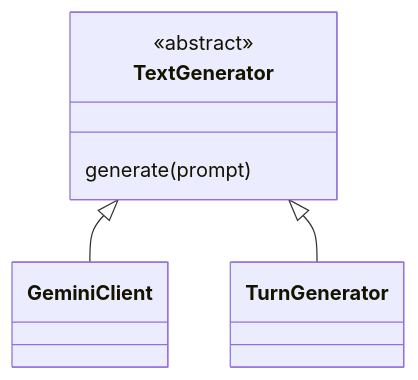
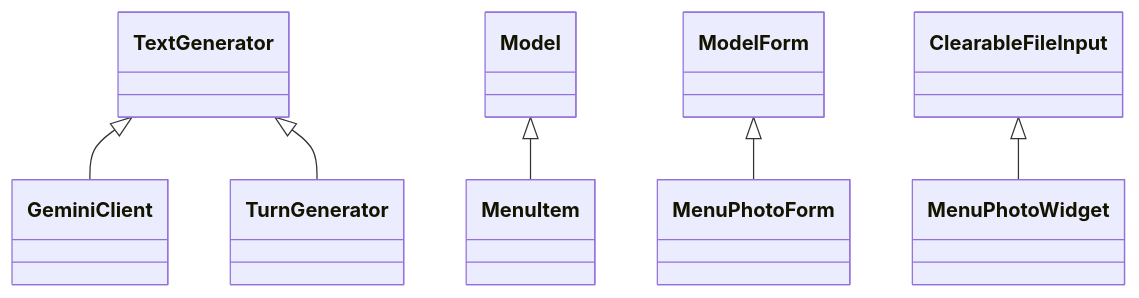
The diagram in docs/oop/inheritance.md (Cordova88/pemesanan-makanan-digital), drawn with Mermaid before and after one commit. The commit also changed other lines of this file and 19 other files, not shown here.

````diff
--- a/docs/oop/inheritance.md
+++ b/docs/oop/inheritance.md
@@ -11,11 +118,8 @@
 ```mermaid
 classDiagram
-    class TextGenerator {
-        <<abstract>>
-        generate(prompt)
-    }
-    class GeminiClient
-    class TurnGenerator
     TextGenerator <|-- GeminiClient
     TextGenerator <|-- TurnGenerator
+    Model <|-- MenuItem
+    ModelForm <|-- MenuPhotoForm
+    ClearableFileInput <|-- MenuPhotoWidget
 ```
````
